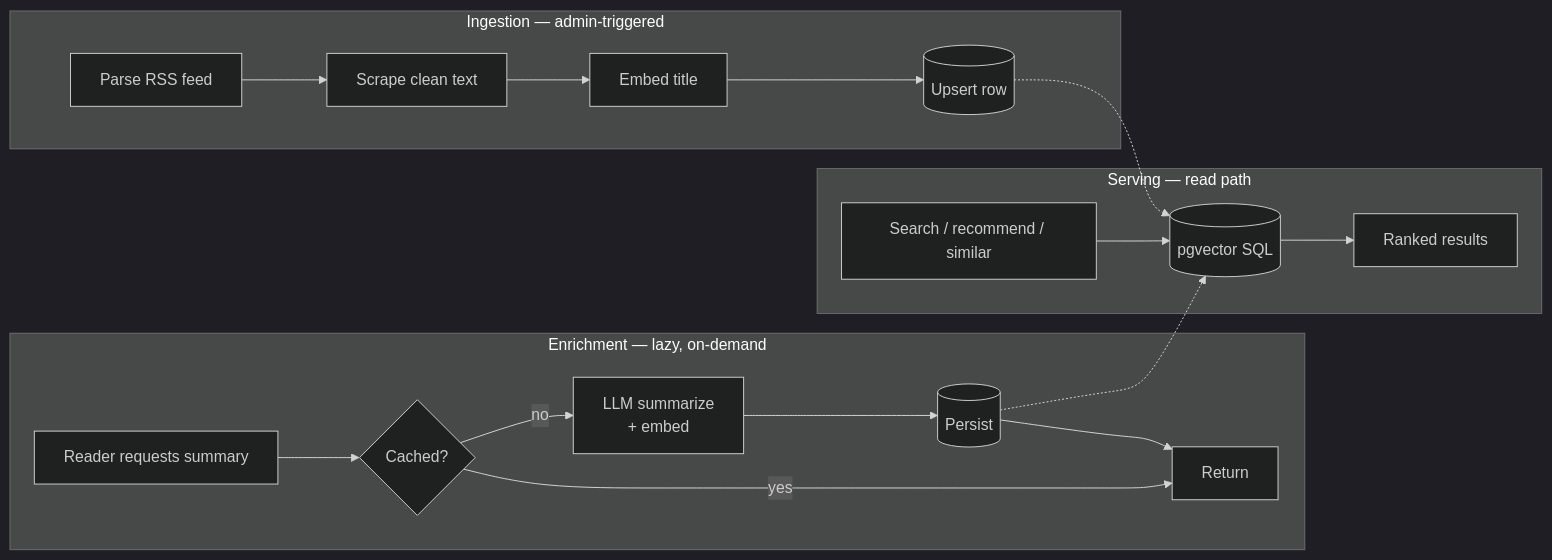
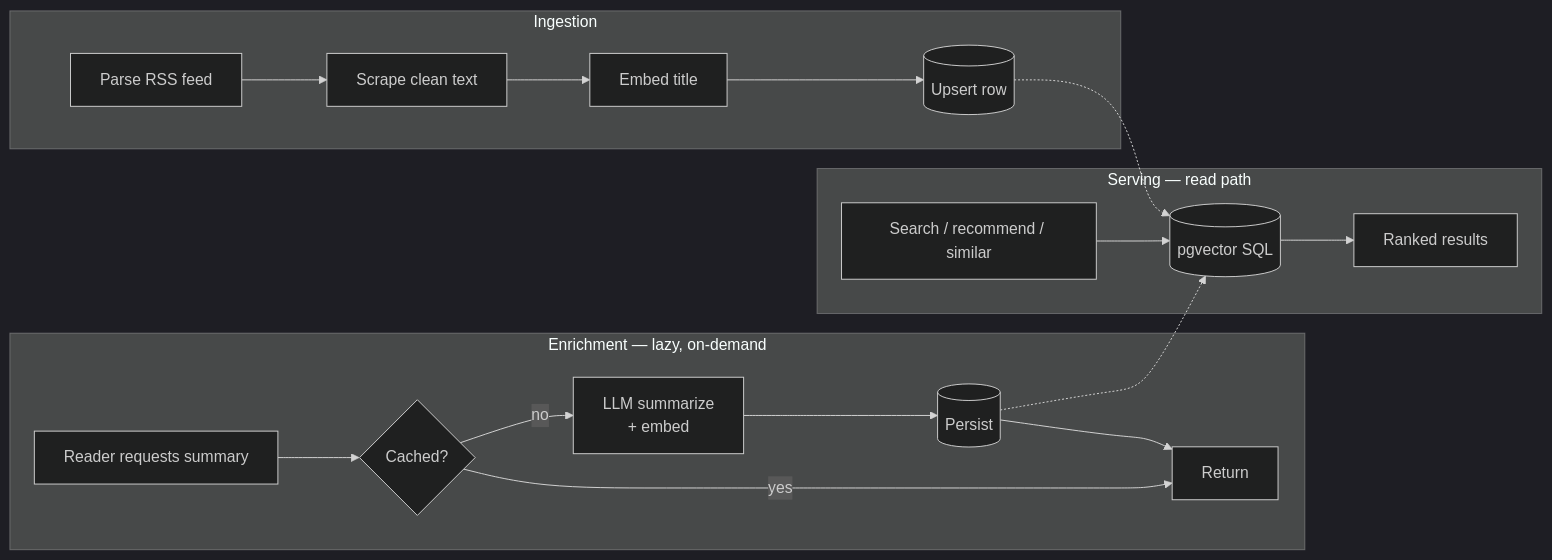
The second of 3 diagrams in README.md (mo-100/khulasa), drawn with Mermaid (dark theme) before and after one commit. The commit also changed other lines of this file, not shown here.

````diff
--- a/README.md
+++ b/README.md
@@ -123,20 +87,20 @@
 ```mermaid
 flowchart LR
-    subgraph Ingestion["Ingestion — admin-triggered"]
+    subgraph Ingestion["Ingestion"]
         A1[Parse RSS feed] --> A2[Scrape clean text]
         A2 --> A3[Embed title] --> A4[(Upsert row)]
     end
 
     subgraph Enrichment["Enrichment — lazy, on-demand"]
         B1[Reader requests summary] --> B2{Cached?}
         B2 -->|yes| B5[Return]
         B2 -->|no| B3[LLM summarize<br/>+ embed] --> B4[(Persist)] --> B5
     end
 
     subgraph Serving["Serving — read path"]
         C1[Search / recommend / similar] --> C2[(pgvector SQL)] --> C3[Ranked results]
     end
 
     A4 -.-> C2
     B4 -.-> C2
 ```
````
